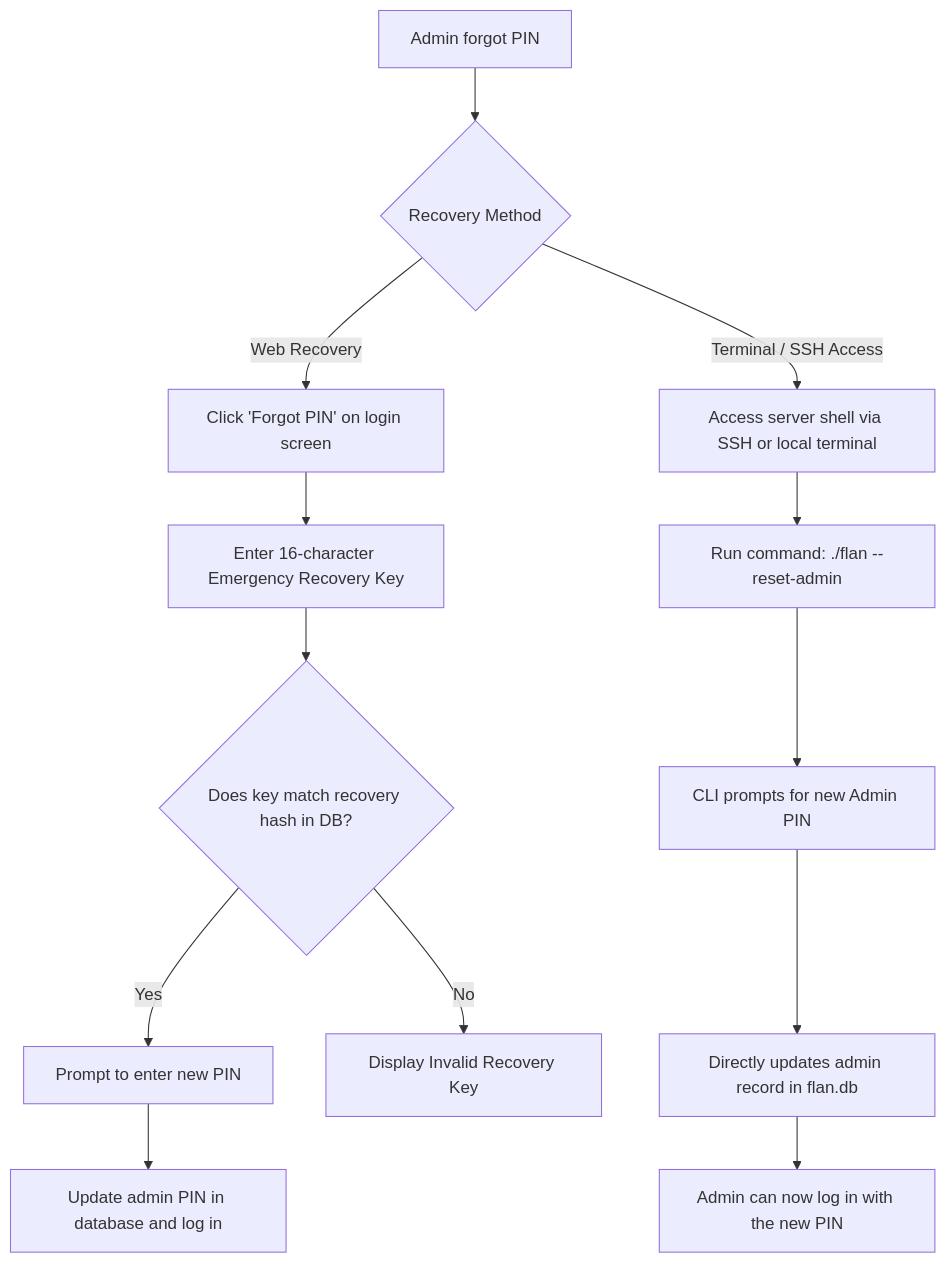
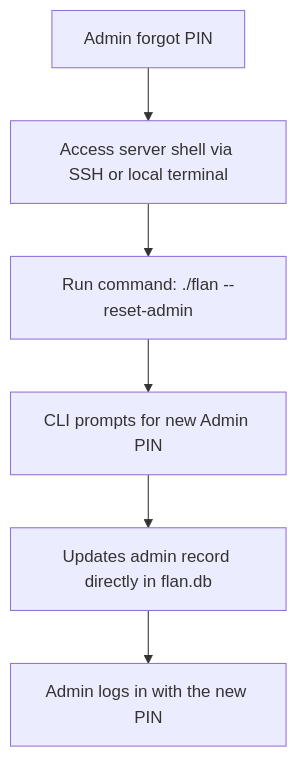
The fifth of 5 diagrams in docs/diagrams/user-flows.md (WesleyEsq/Flan-Media-Server), drawn with Mermaid before and after one commit. The commit also changed other lines of this file and 6 other files, not shown here.

````diff
--- a/docs/diagrams/user-flows.md
+++ b/docs/diagrams/user-flows.md
@@ -145,17 +145,8 @@
 ```mermaid
 flowchart TD
-    Forgot["Admin forgot PIN"] --> Choice{"Recovery Method"}
-
-    Choice -- "Web Recovery" --> EnterKey["Click 'Forgot PIN' on login screen"]
-    EnterKey --> InputKey["Enter 16-character Emergency Recovery Key"]
-    InputKey --> VerifyKey{"Does key match recovery hash in DB?"}
-    VerifyKey -- "Yes" --> SetNewPin["Prompt to enter new PIN"]
-    SetNewPin --> UpdateDB["Update admin PIN in database and log in"]
-    VerifyKey -- "No" --> KeyDenied["Display Invalid Recovery Key"]
-
-    Choice -- "Terminal / SSH Access" --> Terminal["Access server shell via SSH or local terminal"]
+    Forgot["Admin forgot PIN"] --> Terminal["Access server shell via SSH or local terminal"]
     Terminal --> RunCLI["Run command: ./flan --reset-admin"]
     RunCLI --> Interactive["CLI prompts for new Admin PIN"]
-    Interactive --> DirectDB["Directly updates admin record in flan.db"]
-    DirectDB --> Done["Admin can now log in with the new PIN"]
+    Interactive --> DirectDB["Updates admin record directly in flan.db"]
+    DirectDB --> Done["Admin logs in with the new PIN"]
 ```
````
